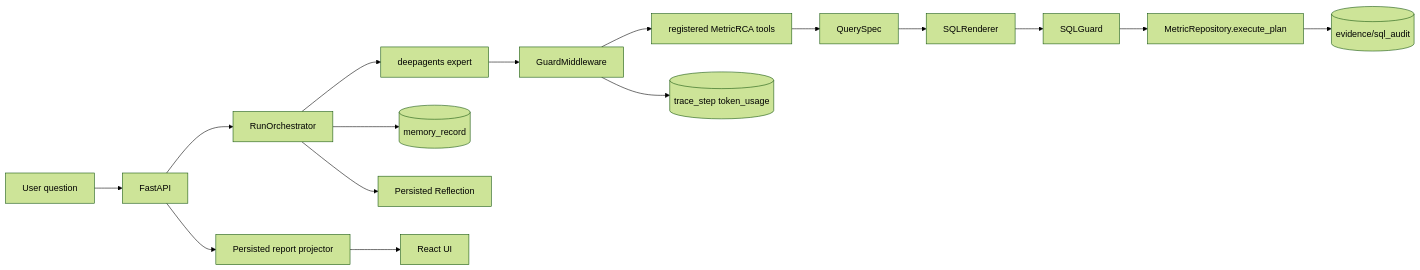
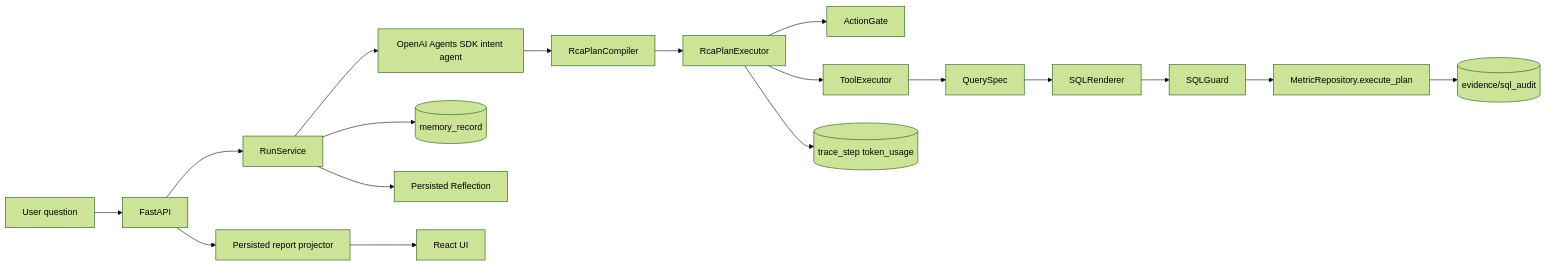
One commit to WOTMCCR/MetricRCA changed the first of 8 diagrams in docs/architecture.md. Above: the diagram before and after it, drawn with Mermaid (forest theme). The commit also changed other lines of this file and 62 other files, not shown here.

Commit message:
feat: migrate phase b runtime to openai agents sdk

````diff
--- a/docs/architecture.md
+++ b/docs/architecture.md
@@ -5,18 +5,20 @@
 ```mermaid
 flowchart LR
   User[User question] --> API[FastAPI]
-  API --> Orchestrator[RunOrchestrator]
-  Orchestrator --> DeepAgent[deepagents expert]
-  DeepAgent --> Middleware[GuardMiddleware]
-  Middleware --> Tools[registered MetricRCA tools]
+  API --> RunService[RunService]
+  RunService --> Intent[OpenAI Agents SDK intent agent]
+  Intent --> Compiler[RcaPlanCompiler]
+  Compiler --> Executor[RcaPlanExecutor]
+  Executor --> Gate[ActionGate]
+  Executor --> Tools[ToolExecutor]
   Tools --> QuerySpec[QuerySpec]
   QuerySpec --> Renderer[SQLRenderer]
   Renderer --> Guard[SQLGuard]
   Guard --> Repo[MetricRepository.execute_plan]
   Repo --> Evidence[(evidence/sql_audit)]
-  Middleware --> Trace[(trace_step token_usage)]
-  Orchestrator --> Memory[(memory_record)]
-  Orchestrator --> Reflection[Persisted Reflection]
+  Executor --> Trace[(trace_step token_usage)]
+  RunService --> Memory[(memory_record)]
+  RunService --> Reflection[Persisted Reflection]
   API --> Projector[Persisted report projector]
   Projector --> UI[React UI]
 ```
````
